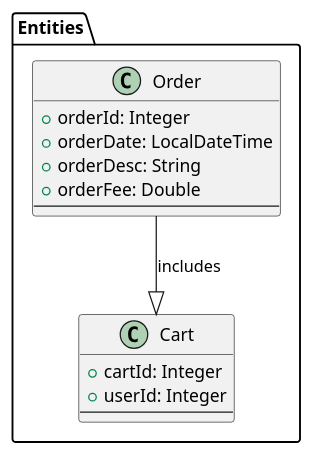
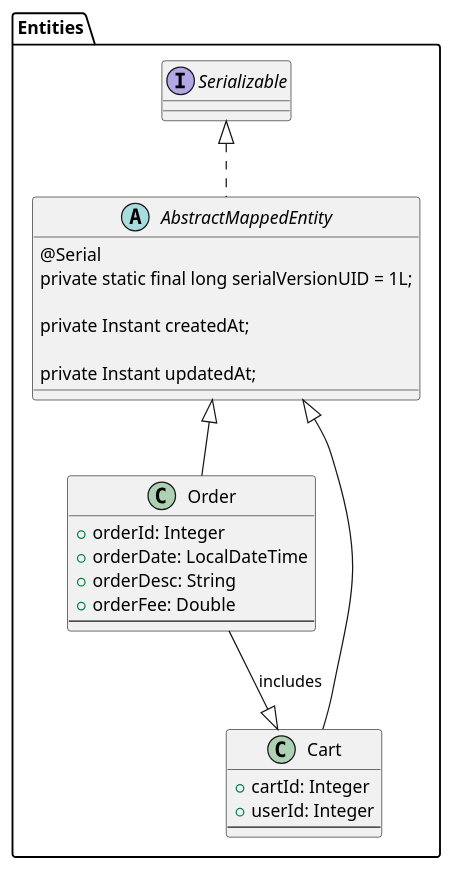
One commit to hoangtien2k3/ecommerce-microservices changed the diagram in order-service/diagram.plantuml. Above: the diagram before and after it, drawn with PlantUML. The commit also changed 21 other files, not shown here.

```diff
--- a/order-service/diagram.plantuml
+++ b/order-service/diagram.plantuml
@@ -2,20 +2,33 @@
 @startuml
 package "Entities" {
-  class Order {
+
+  class Order extends AbstractMappedEntity {
     +orderId: Integer
     +orderDate: LocalDateTime
     +orderDesc: String
     +orderFee: Double
     --
   }
 
-  class Cart {
+  class Cart extends AbstractMappedEntity {
     +cartId: Integer
     +userId: Integer
     --
   }
+
+  abstract class AbstractMappedEntity implements Serializable {
+
+      @Serial
+      private static final long serialVersionUID = 1L;
+
+      private Instant createdAt;
+
+      private Instant updatedAt;
+
+  }
+
 }
 
 Order --|> Cart : includes
 
 @enduml
```
